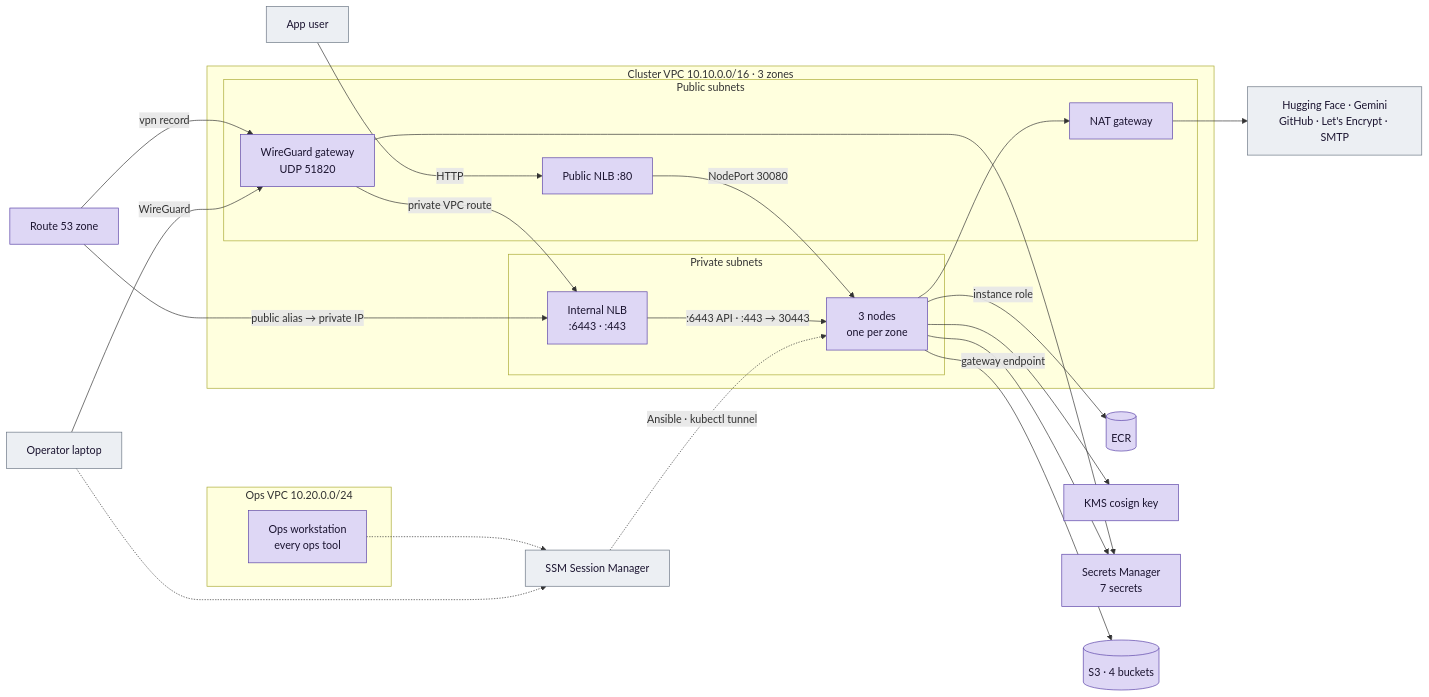
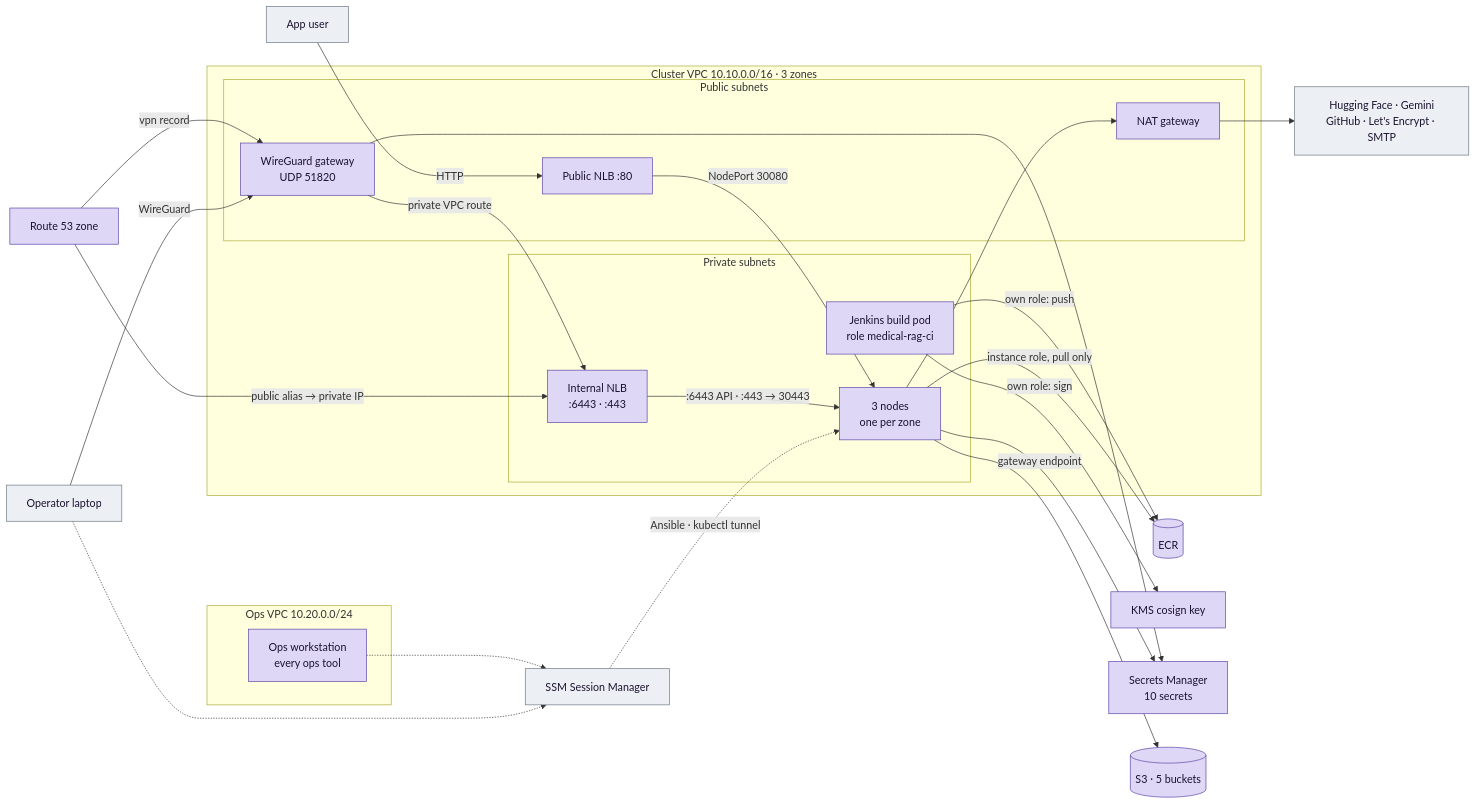
One commit to biabeogo147/Medical-RAG-Chatbot changed the first of 3 diagrams in README.md. Above: the diagram before and after it, drawn with Mermaid. The commit also changed other lines of this file and 11 other files, not shown here.

````diff
--- a/README.md
+++ b/README.md
@@ -39,48 +40,50 @@
 ```mermaid
 flowchart LR
     OP["Operator laptop"]
     USER["App user"]
     SSM["SSM Session Manager"]
 
     subgraph OPSVPC["Ops VPC 10.20.0.0/24"]
         WS["Ops workstation<br/>every ops tool"]
     end
 
     subgraph VPC["Cluster VPC 10.10.0.0/16 · 3 zones"]
         subgraph PUB["Public subnets"]
             PNLB["Public NLB :80"]
             VPN["WireGuard gateway<br/>UDP 51820"]
             NAT["NAT gateway"]
         end
         subgraph PRIV["Private subnets"]
             NODES["3 nodes<br/>one per zone"]
+            CIPOD["Jenkins build pod<br/>role medical-rag-ci"]
             INLB["Internal NLB<br/>:6443 · :443"]
         end
     end
 
     R53["Route 53 zone"]
     ECR[("ECR")]
     KMS["KMS cosign key"]
-    SM["Secrets Manager<br/>7 secrets"]
-    S3[("S3 · 4 buckets")]
+    SM["Secrets Manager<br/>10 secrets"]
+    S3[("S3 · 5 buckets")]
     EXT["Hugging Face · Gemini<br/>GitHub · Let's Encrypt · SMTP"]
 
     USER -->|"HTTP"| PNLB -->|"NodePort 30080"| NODES
     OP -->|"WireGuard"| VPN -->|"private VPC route"| INLB
     OP -.-> SSM
     WS -.-> SSM -.->|"Ansible · kubectl tunnel"| NODES
     INLB -->|":6443 API · :443 → 30443"| NODES
     NODES --> NAT --> EXT
-    NODES -->|"instance role"| ECR
+    NODES -->|"instance role, pull only"| ECR
     NODES --> SM
     NODES -->|"gateway endpoint"| S3
-    NODES --> KMS
+    CIPOD -->|"own role: push"| ECR
+    CIPOD -->|"own role: sign"| KMS
     VPN --> SM
     R53 -->|"public alias → private IP"| INLB
     R53 -->|"vpn record"| VPN
 
     classDef tf fill:#ded7f5,stroke:#5b43a8,color:#1b1430;
     classDef ext fill:#eceff3,stroke:#6b7684,color:#1b1430;
-    class WS,PNLB,INLB,VPN,NAT,NODES,R53,ECR,KMS,SM,S3 tf
+    class WS,PNLB,INLB,VPN,NAT,NODES,CIPOD,R53,ECR,KMS,SM,S3 tf
     class OP,USER,SSM,EXT ext
 ```
````
